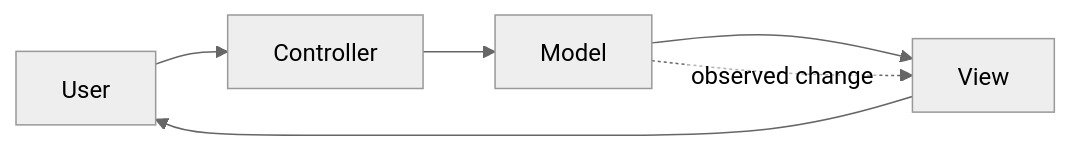
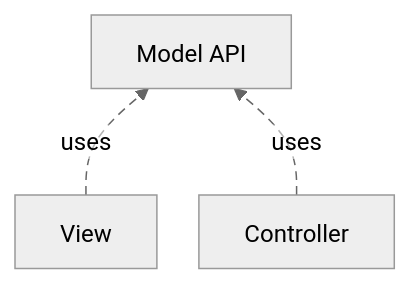
Before and after one commit to AndresTaoFlorez/software-architecture: the second of 4 diagrams in architecture/patterns/presentation/model-view-controller/README.md, drawn with Mermaid (neutral theme). The commit also changed other lines of this file, not shown here.

Commit message:
docs: correct MVC interaction and dependency diagrams

````diff
--- a/architecture/patterns/presentation/model-view-controller/README.md
+++ b/architecture/patterns/presentation/model-view-controller/README.md
@@ -101,9 +106,7 @@
 ```mermaid
 %%{init: {"htmlLabels": false, "flowchart": {"htmlLabels": false, "nodeSpacing": 28, "rankSpacing": 48, "diagramPadding": 20, "wrappingWidth": 280}, "sequence": {"wrap": true, "diagramMarginX": 20, "diagramMarginY": 20}}}%%
-flowchart LR
-    U["User"] --> C["Controller"]
-    C --> M["Model"]
-    M --> V["View"]
-    V --> U
-    M -. "observed change" .-> V
+flowchart BT
+    V["View"] -. "uses" .-> M["Model API"]
+    C["Controller"] -. "uses" .-> M
+    linkStyle 0,1 stroke-width:1px,stroke-dasharray:6 4
 ```
````
